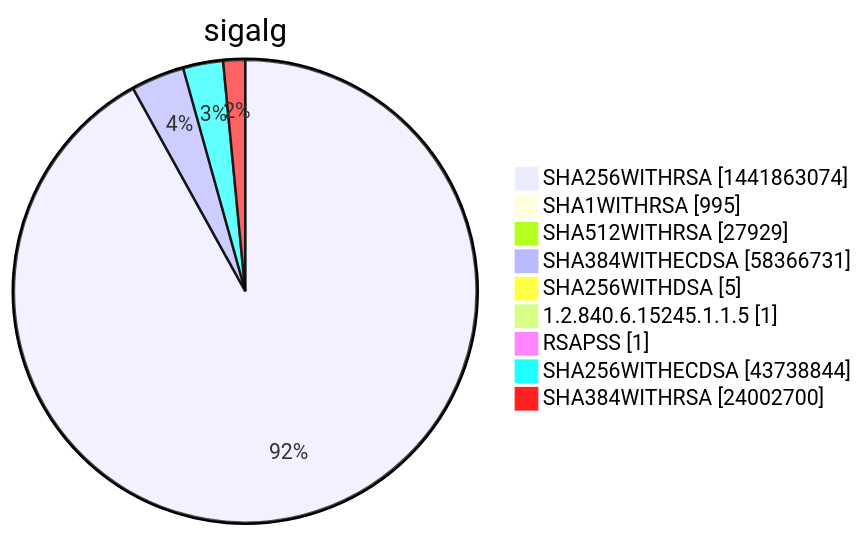
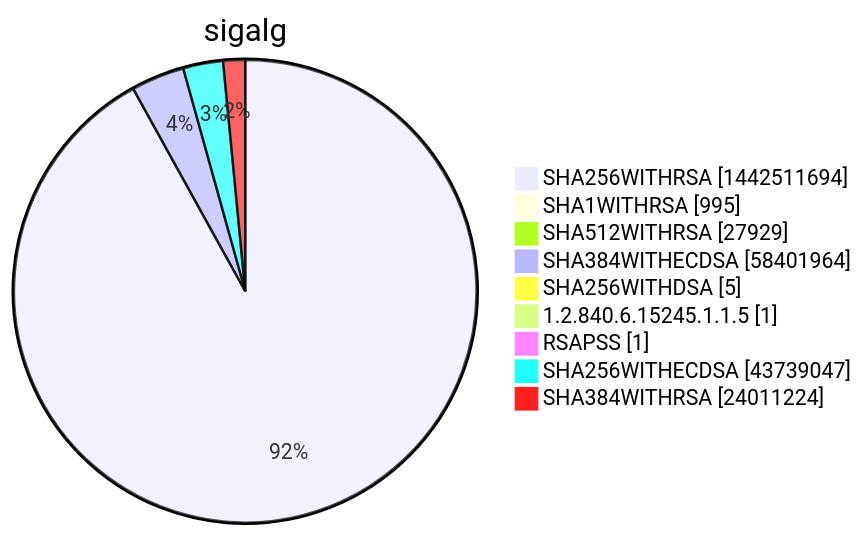
Before and after one commit to christiankrug/ctmonitor_visualization: diagram 15 of 15 in xenon2022/README.md, drawn with Mermaid. The commit also changed other lines of this file, not shown here.

````diff
--- a/xenon2022/README.md
+++ b/xenon2022/README.md
@@ -5861,13 +5861,13 @@
 ```mermaid
 pie showData
 title sigalg
-"SHA256WITHRSA" :1441863074
+"SHA256WITHRSA" :1442511694
 "SHA1WITHRSA" :995
 "SHA512WITHRSA" :27929
-"SHA384WITHECDSA" :58366731
+"SHA384WITHECDSA" :58401964
 "SHA256WITHDSA" :5
 "1.2.840.6.15245.1.1.5" :1
 "RSAPSS" :1
-"SHA256WITHECDSA" :43738844
-"SHA384WITHRSA" :24002700
+"SHA256WITHECDSA" :43739047
+"SHA384WITHRSA" :24011224
 ```
````
